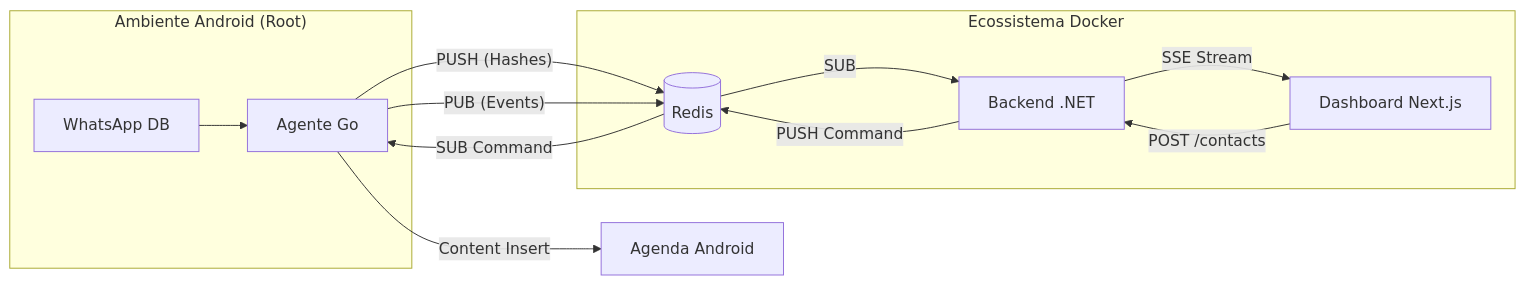
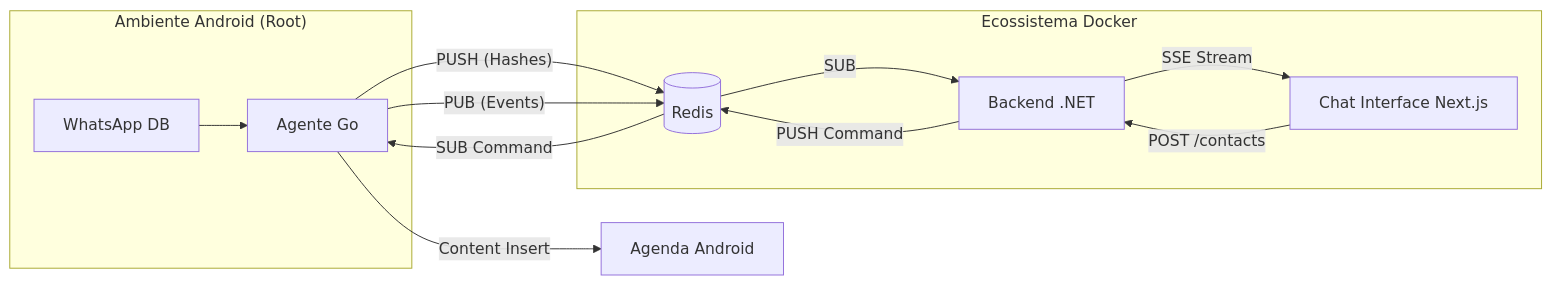
Before and after one commit to yo-melloo/Intelitrader-Desafio-Whatsapp-Data-Sync: the diagram in README.md, drawn with Mermaid. The commit also changed other lines of this file and 97 other files, not shown here.

````diff
--- a/README.md
+++ b/README.md
@@ -34,19 +36,19 @@
 ```mermaid
 graph LR
     subgraph "Ambiente Android (Root)"
         A[WhatsApp DB] --> B[Agente Go]
     end
 
     B -- "PUSH (Hashes)" --> C[(Redis)]
     B -- "PUB (Events)" --> C
 
     subgraph "Ecossistema Docker"
         C -- "SUB" --> D[Backend .NET]
-        D -- "SSE Stream" --> E[Dashboard Next.js]
+        D -- "SSE Stream" --> E[Chat Interface Next.js]
         E -- "POST /contacts" --> D
         D -- "PUSH Command" --> C
     end
 
     C -- "SUB Command" --> B
     B -- "Content Insert" --> F[Agenda Android]
 ```
````
